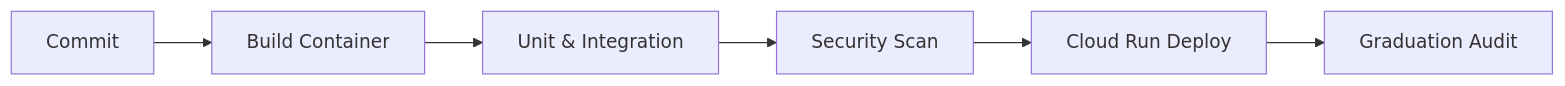
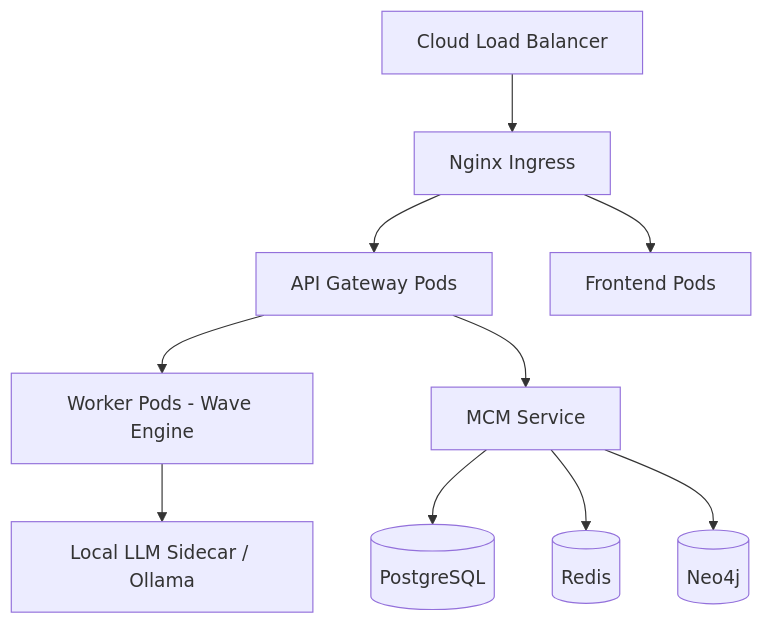
One commit to Blackdrg/levi-ai-innovate changed diagram 11 of 12 in README.md. Above: the diagram before and after it, drawn with Mermaid. The commit also changed other lines of this file and 34 other files, not shown here.

Commit message:
feat: finalize production documentation and architectural hardening

````diff
--- a/README.md
+++ b/README.md
@@ -968,8 +306,12 @@
 ```mermaid
-graph LR
-    Commit --> Build[Build Container]
-    Build --> Test[Unit & Integration]
-    Test --> Security[Security Scan]
-    Security --> Deploy[Cloud Run Deploy]
-    Deploy --> Smoke[Graduation Audit]
+graph TD
+    LB[Cloud Load Balancer] --> INGRESS[Nginx Ingress]
+    INGRESS --> API[API Gateway Pods]
+    INGRESS --> FRONT[Frontend Pods]
+    API --> EXEC[Worker Pods - Wave Engine]
+    API --> MEM_MGR[MCM Service]
+    MEM_MGR --> PSQL[(PostgreSQL)]
+    MEM_MGR --> REDIS[(Redis)]
+    MEM_MGR --> NEO[(Neo4j)]
+    EXEC --> LLM[Local LLM Sidecar / Ollama]
 ```
````
